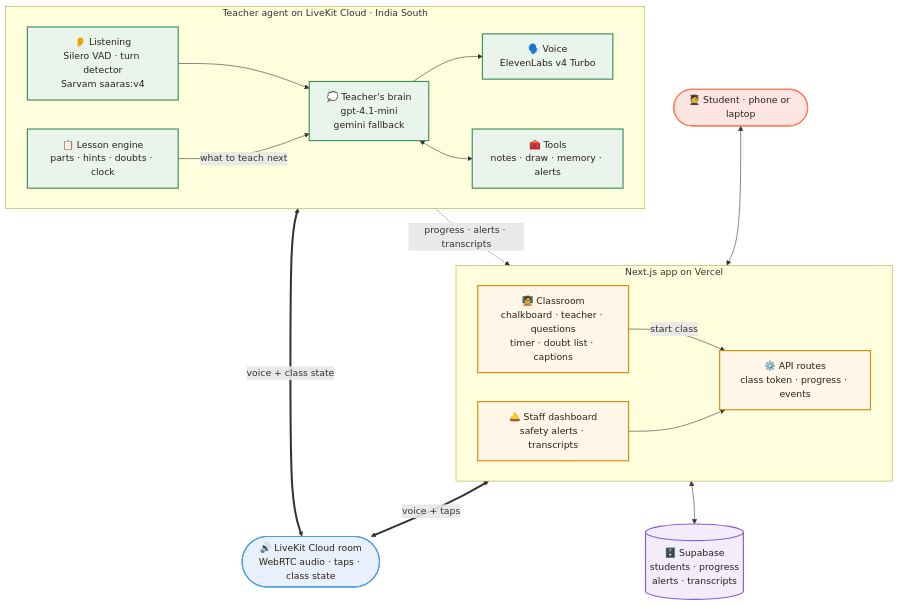
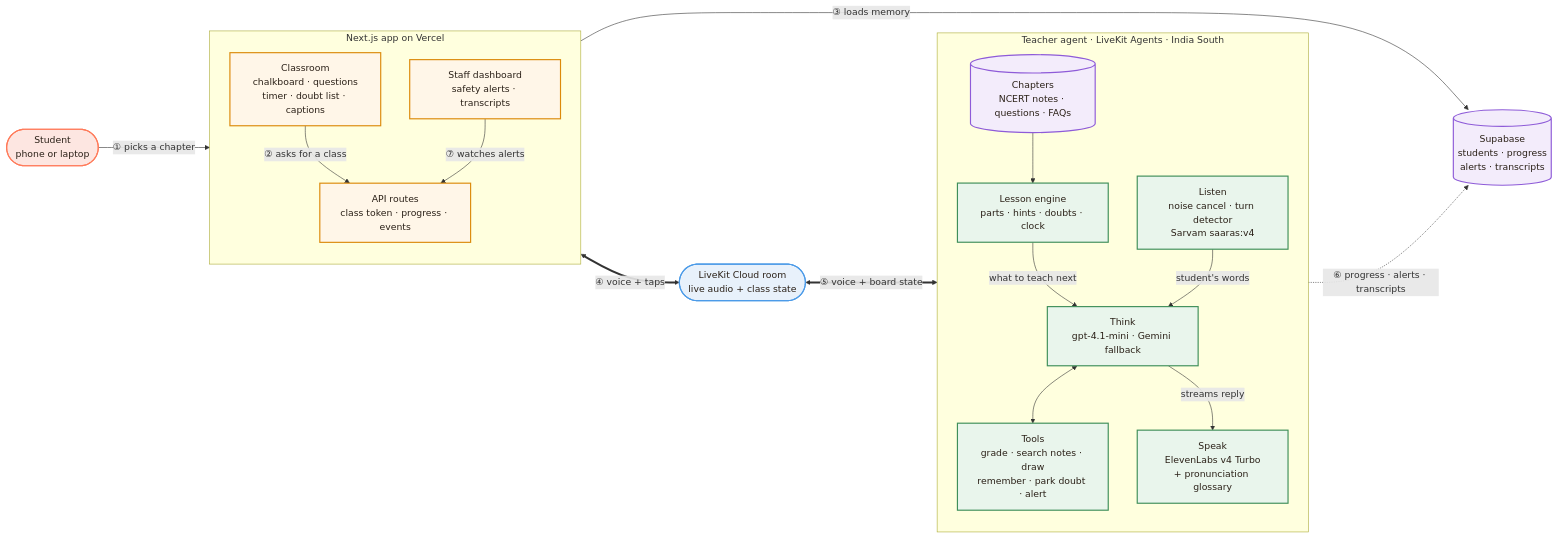
Before and after one commit to shalvirajpura2/madamji: the diagram in README.md, drawn with Mermaid. The commit also changed other lines of this file, not shown here.

Commit message:
docs: keep one explained architecture diagram in readme

````diff
--- a/README.md
+++ b/README.md
@@ -113,46 +113,49 @@
 ```mermaid
-flowchart TB
-    student(["🧑‍🎓 Student · phone or laptop"])
+flowchart LR
+    student(["Student<br/>phone or laptop"])
 
     subgraph web["Next.js app on Vercel"]
-        direction LR
-        ui["🧑‍🏫 Classroom<br/>chalkboard · teacher · questions<br/>timer · doubt list · captions"]
-        api["⚙️ API routes<br/>class token · progress · events"]
-        staff["🛎️ Staff dashboard<br/>safety alerts · transcripts"]
+        direction TB
+        ui["Classroom<br/>chalkboard · questions<br/>timer · doubt list · captions"]
+        api["API routes<br/>class token · progress · events"]
+        staff["Staff dashboard<br/>safety alerts · transcripts"]
+        ui -- "② asks for a class" --> api
+        staff -- "⑦ watches alerts" --> api
     end
 
-    room(["🔊 LiveKit Cloud room<br/>WebRTC audio · taps · class state"])
+    room(["LiveKit Cloud room<br/>live audio + class state"])
 
-    subgraph agent["Teacher agent on LiveKit Cloud · India South"]
-        direction LR
-        ears["👂 Listening<br/>Silero VAD · turn detector<br/>Sarvam saaras:v4"]
-        brain["💭 Teacher's brain<br/>gpt-4.1-mini<br/>gemini fallback"]
-        voice["🗣️ Voice<br/>ElevenLabs v4 Turbo"]
-        engine["📋 Lesson engine<br/>parts · hints · doubts · clock"]
-        tools["🧰 Tools<br/>notes · draw · memory · alerts"]
-        ears --> brain --> voice
+    subgraph agent["Teacher agent · LiveKit Agents · India South"]
+        direction TB
+        ears["Listen<br/>noise cancel · turn detector<br/>Sarvam saaras:v4"]
+        content[("Chapters<br/>NCERT notes · questions · FAQs")]
+        engine["Lesson engine<br/>parts · hints · doubts · clock"]
+        brain["Think<br/>gpt-4.1-mini · Gemini fallback"]
+        tools["Tools<br/>grade · search notes · draw<br/>remember · park doubt · alert"]
+        voice["Speak<br/>ElevenLabs v4 Turbo<br/>+ pronunciation glossary"]
+        content --> engine
         engine -- "what to teach next" --> brain
+        ears -- "student's words" --> brain
         brain <--> tools
+        brain -- "streams reply" --> voice
     end
 
-    db[("🗄️ Supabase<br/>students · progress<br/>alerts · transcripts")]
+    db[("Supabase<br/>students · progress<br/>alerts · transcripts")]
 
-    student <--> ui
-    ui <== "voice + taps" ==> room
-    room <== "voice + class state" ==> agent
-    ui -- "start class" --> api
-    staff --> api
-    api <--> db
-    agent -. "progress · alerts · transcripts" .-> api
+    student -- "① picks a chapter" --> web
+    web -- "③ loads memory" --> db
+    web <== "④ voice + taps" ==> room
+    room <== "⑤ voice + board state" ==> agent
+    agent -. "⑥ progress · alerts · transcripts" .-> db
 
     classDef web fill:#fff6e8,stroke:#dc8a0b,stroke-width:2px,color:#2b2118
     classDef lk fill:#e8f1fb,stroke:#4c9be8,stroke-width:2px,color:#2b2118
     classDef ai fill:#e9f5ec,stroke:#3f8f5a,stroke-width:2px,color:#2b2118
     classDef store fill:#f3ecfb,stroke:#8e5bd8,stroke-width:2px,color:#2b2118
     classDef person fill:#fde6e1,stroke:#ff7a59,stroke-width:2px,color:#2b2118
     class ui,api,staff web
     class room lk
     class ears,brain,voice,engine,tools ai
-    class db store
+    class db,content store
     class student person
 ```
````
